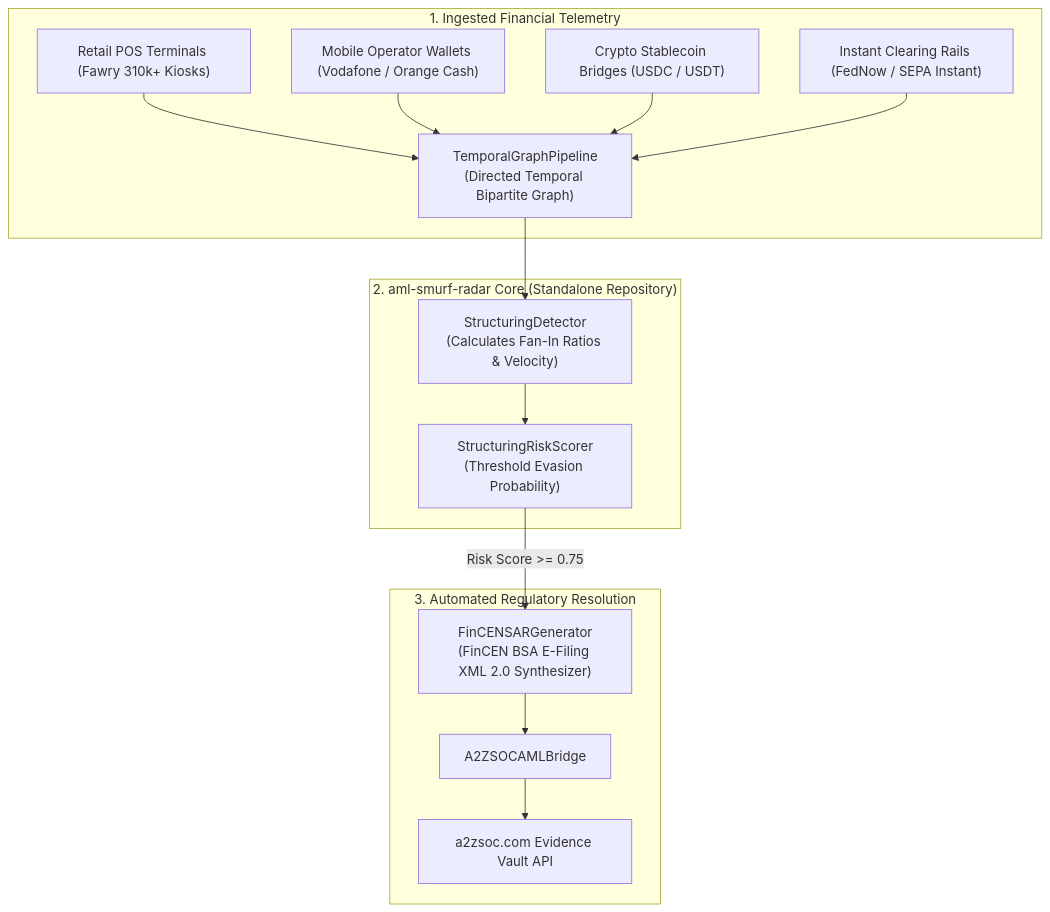
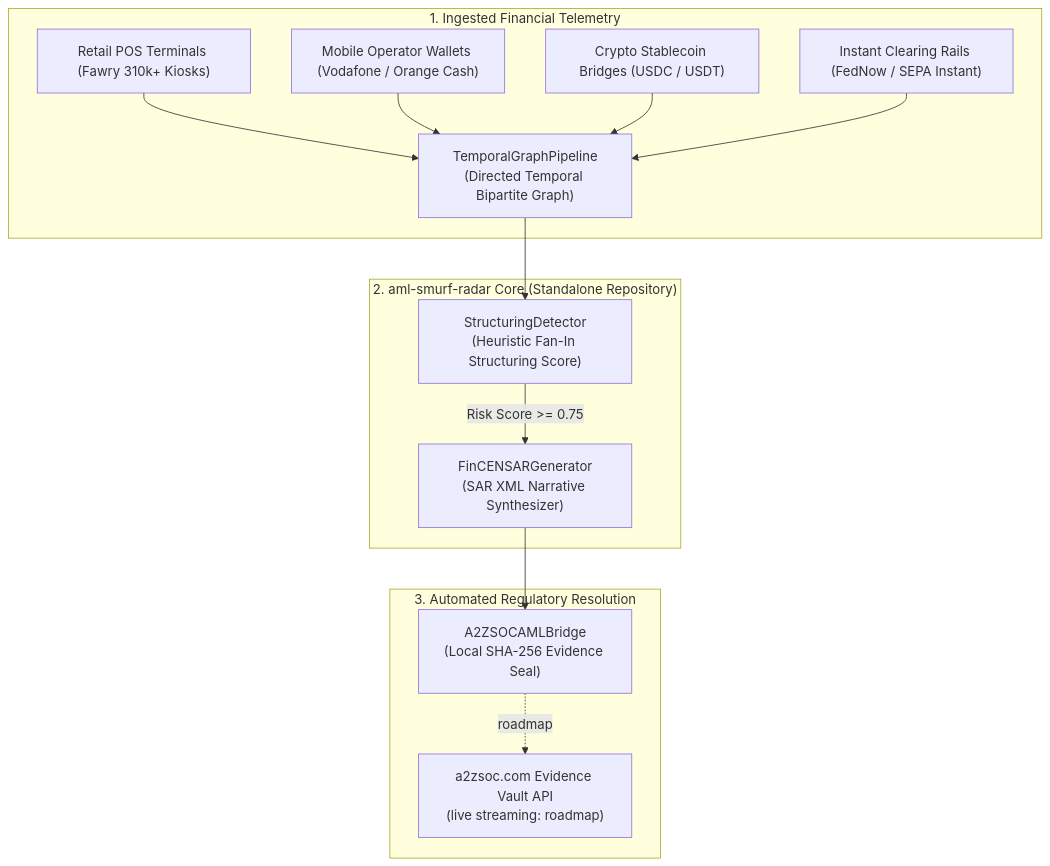
The diagram in README.md (AAH20/aml-smurf-radar), drawn with Mermaid before and after one commit. The commit also changed other lines of this file, not shown here.

````diff
--- a/README.md
+++ b/README.md
@@ -30,30 +30,28 @@
 ```mermaid
 flowchart TD
     subgraph MultiRailTelemetry["1. Ingested Financial Telemetry"]
         POS["Retail POS Terminals (Fawry 310k+ Kiosks)"]
         Wallets["Mobile Operator Wallets (Vodafone / Orange Cash)"]
         Crypto["Crypto Stablecoin Bridges (USDC / USDT)"]
         ACH["Instant Clearing Rails (FedNow / SEPA Instant)"]
 
         POS & Wallets & Crypto & ACH --> GraphPipeline
     end
 
     subgraph RadarCore["2. aml-smurf-radar Core (Standalone Repository)"]
         GraphPipeline["TemporalGraphPipeline<br/>(Directed Temporal Bipartite Graph)"]
-        Detector["StructuringDetector<br/>(Calculates Fan-In Ratios & Velocity)"]
-        Scorer["StructuringRiskScorer<br/>(Threshold Evasion Probability)"]
+        Detector["StructuringDetector<br/>(Heuristic Fan-In Structuring Score)"]
 
         GraphPipeline --> Detector
-        Detector --> Scorer
+        Detector -->|Risk Score >= 0.75| SARGen
     end
 
     subgraph ComplianceAction["3. Automated Regulatory Resolution"]
-        SARGen["FinCENSARGenerator<br/>(FinCEN BSA E-Filing XML 2.0 Synthesizer)"]
-        Bridge["A2ZSOCAMLBridge"]
-        Vault["a2zsoc.com Evidence Vault API"]
+        SARGen["FinCENSARGenerator<br/>(SAR XML Narrative Synthesizer)"]
+        Bridge["A2ZSOCAMLBridge<br/>(Local SHA-256 Evidence Seal)"]
+        Vault["a2zsoc.com Evidence Vault API<br/>(live streaming: roadmap)"]
 
-        Scorer -->|Risk Score >= 0.75| SARGen
         SARGen --> Bridge
-        Bridge --> Vault
+        Bridge -.->|roadmap| Vault
     end
 ```
````
